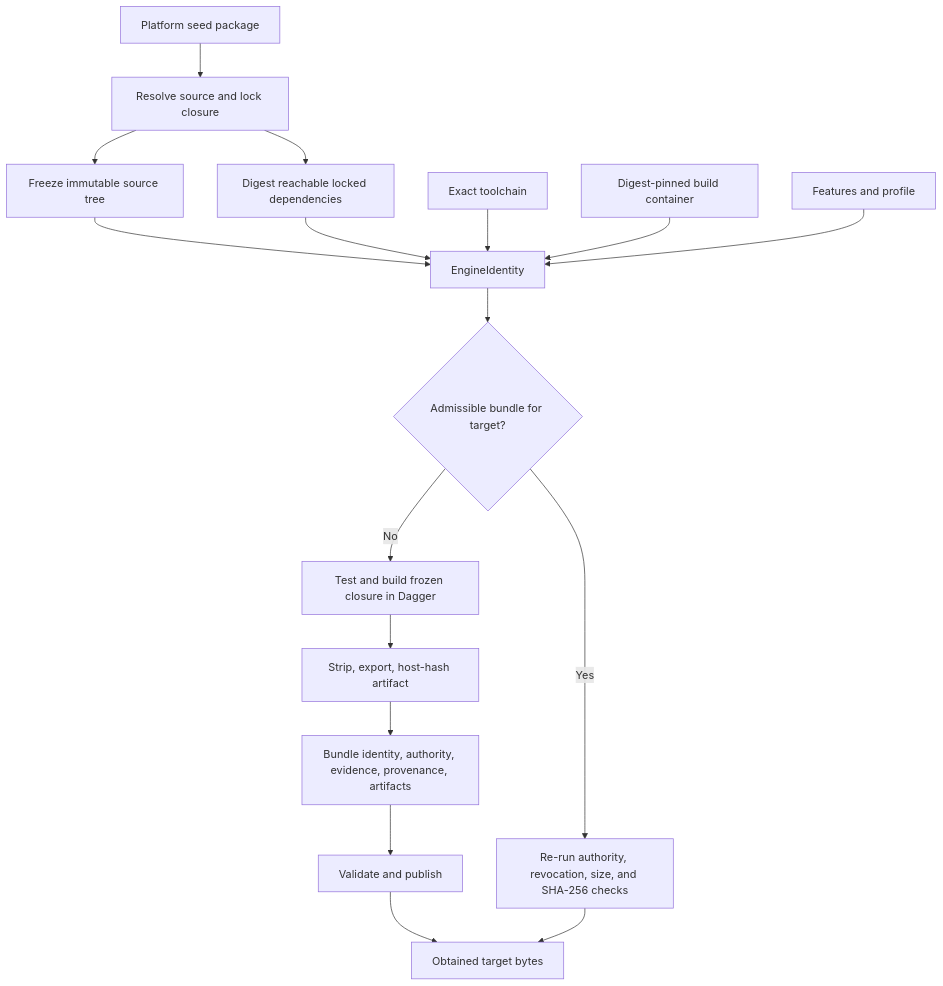
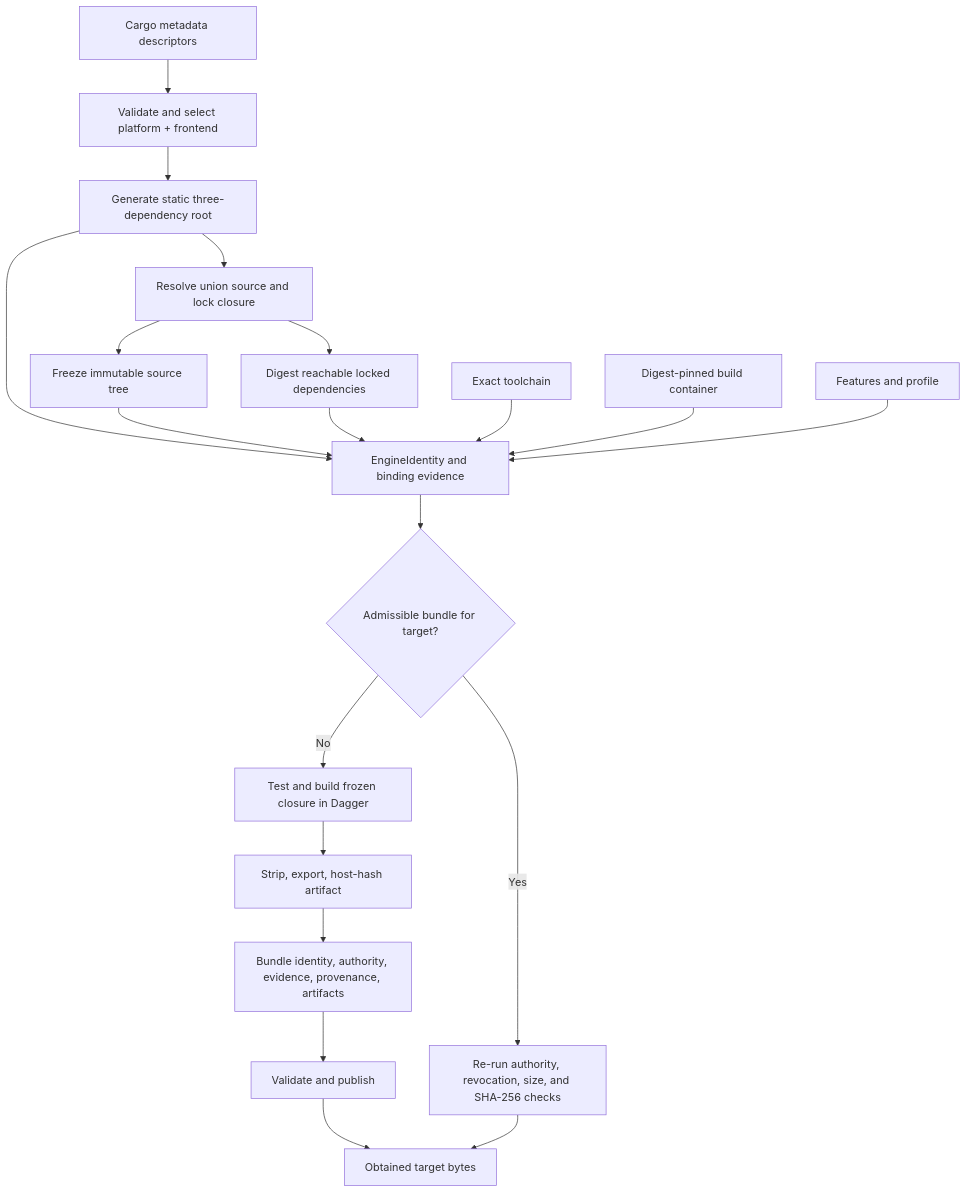
One commit to tokeira/tokeira changed the first of 6 diagrams in docs/provisioning/tkr-and-tkp.md. Above: the diagram before and after it, drawn with Mermaid. The commit also changed other lines of this file and 1 other file, not shown here.

First line of the commit message:
docs(platform): repair links after compose remediation

````diff
--- a/docs/provisioning/tkr-and-tkp.md
+++ b/docs/provisioning/tkr-and-tkp.md
@@ -60,19 +68,22 @@
 ```mermaid
 flowchart TB
-    Seed["Platform seed package"] --> Resolve["Resolve source and lock closure"]
+    Metadata["Cargo metadata descriptors"] --> Catalog["Validate and select platform + frontend"]
+    Catalog --> Root["Generate static three-dependency root"]
+    Root --> Resolve["Resolve union source and lock closure"]
     Resolve --> Snapshot["Freeze immutable source tree"]
     Resolve --> Lock["Digest reachable locked dependencies"]
-    Snapshot --> Identity["EngineIdentity"]
+    Root --> Identity["EngineIdentity and binding evidence"]
+    Snapshot --> Identity
     Lock --> Identity
     Toolchain["Exact toolchain"] --> Identity
     Container["Digest-pinned build container"] --> Identity
     Options["Features and profile"] --> Identity
     Identity --> CAS{"Admissible bundle for target?"}
     CAS -->|Yes| Reverify["Re-run authority, revocation, size, and SHA-256 checks"]
     CAS -->|No| Dagger["Test and build frozen closure in Dagger"]
     Dagger --> Export["Strip, export, host-hash artifact"]
     Export --> Bundle["Bundle identity, authority, evidence, provenance, artifacts"]
     Bundle --> Publish["Validate and publish"]
     Publish --> Obtain["Obtained target bytes"]
     Reverify --> Obtain
 ```
````
